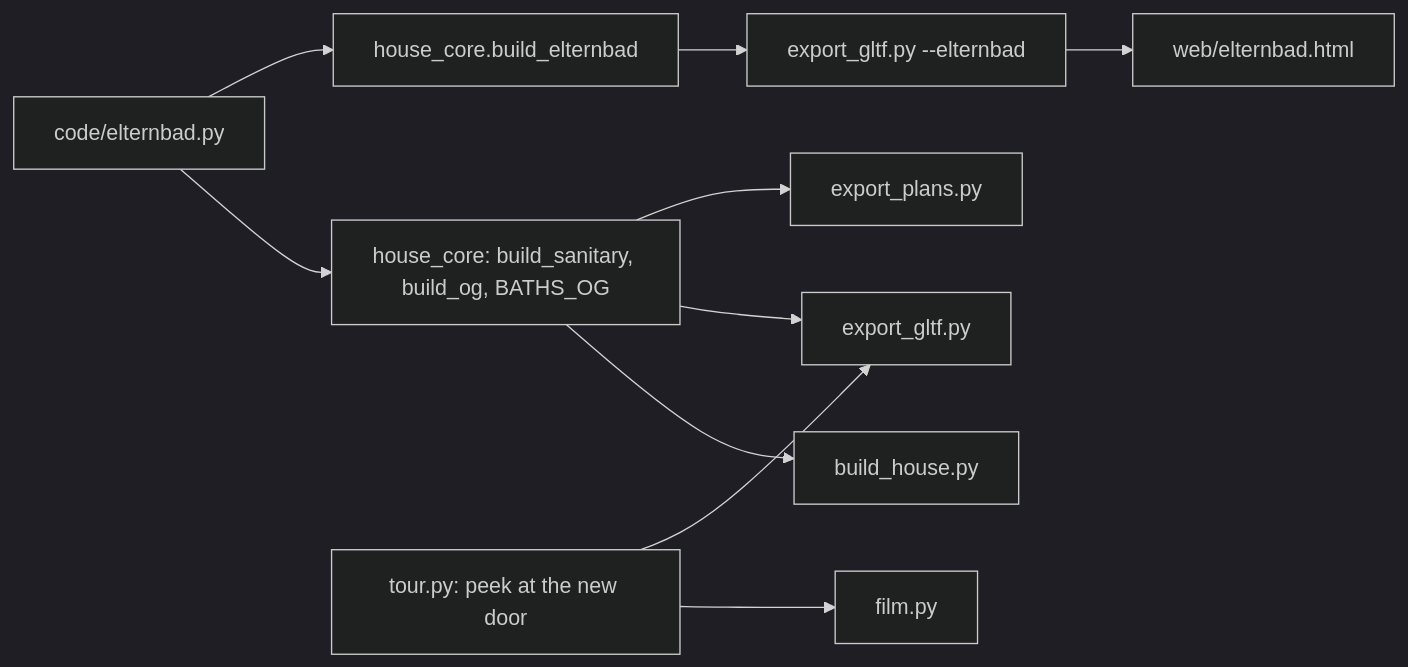
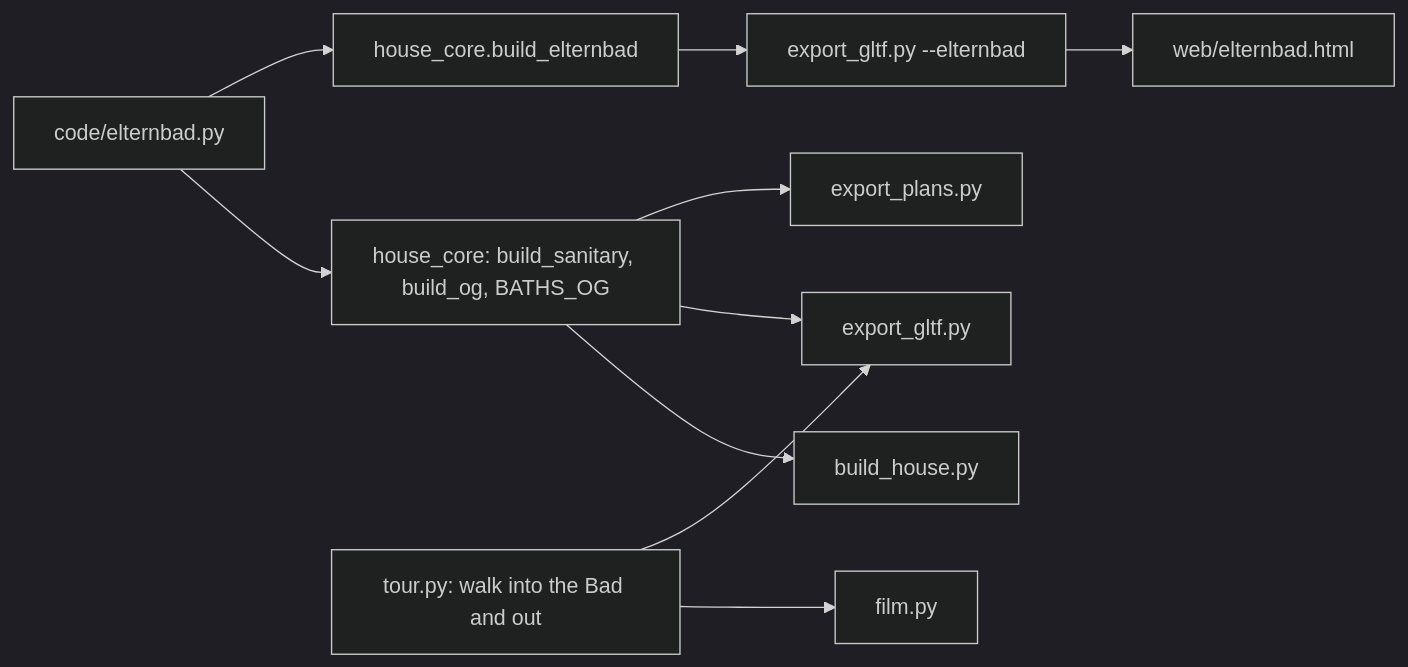
The diagram in specs/changes/3-bad-nadine-till/architecture.md (tillg/frechen_blender), drawn with Mermaid (dark theme) before and after one commit. The commit also changed other lines of this file and 7 other files, not shown here.

````diff
--- a/specs/changes/3-bad-nadine-till/architecture.md
+++ b/specs/changes/3-bad-nadine-till/architecture.md
@@ -22,8 +22,8 @@
 ```mermaid
 flowchart LR
     EB[code/elternbad.py] --> HC[house_core: build_sanitary, build_og, BATHS_OG]
     EB --> BE[house_core.build_elternbad]
     HC --> BH[build_house.py] & GL[export_gltf.py] & PL[export_plans.py]
     BE --> GL2[export_gltf.py --elternbad] --> PG[web/elternbad.html]
-    TR[tour.py: peek at the new door] --> FI[film.py] & GL
+    TR[tour.py: walk into the Bad and out] --> FI[film.py] & GL
 ```
````
